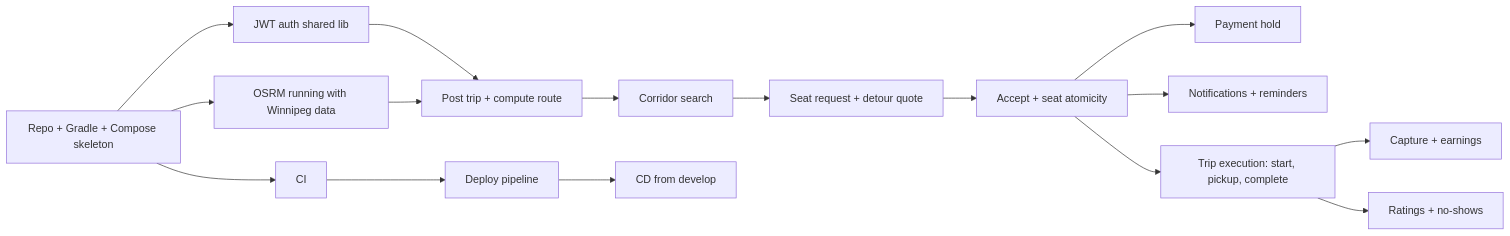
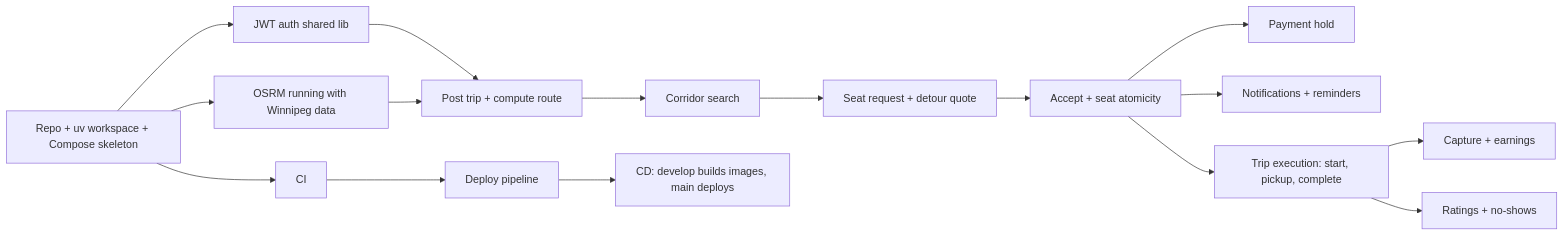
Before and after one commit to Andrew-Ih/COMP-4350-Group5-GetDrove: the first of 3 diagrams in implementation-plan.md, drawn with Mermaid. The commit also changed other lines of this file and 12 other files, not shown here.

First line of the commit message:
docs: switch backend to Python + FastAPI; host on Google Cloud, deploy from main

````diff
--- a/implementation-plan.md
+++ b/implementation-plan.md
@@ -43,16 +43,16 @@
 ```mermaid
 flowchart LR
-    A[Repo + Gradle + Compose skeleton] --> B[JWT auth shared lib]
+    A[Repo + uv workspace + Compose skeleton] --> B[JWT auth shared lib]
     A --> C[OSRM running with Winnipeg data]
     B --> D[Post trip + compute route]
     C --> D
     D --> E[Corridor search]
     E --> F[Seat request + detour quote]
     F --> G[Accept + seat atomicity]
     G --> H[Payment hold]
     G --> I[Notifications + reminders]
     G --> J[Trip execution: start, pickup, complete]
     J --> K[Capture + earnings]
     J --> L[Ratings + no-shows]
-    A --> M[CI] --> N[Deploy pipeline] --> O[CD from develop]
+    A --> M[CI] --> N[Deploy pipeline] --> O[CD: develop builds images, main deploys]
 ```
````
